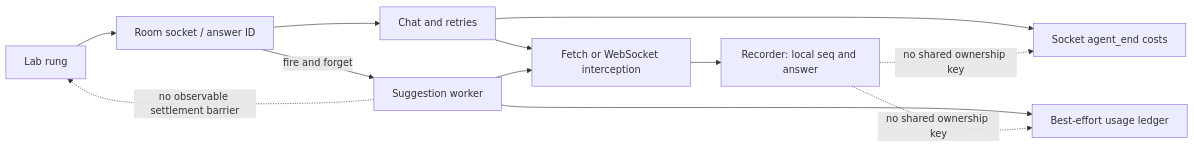
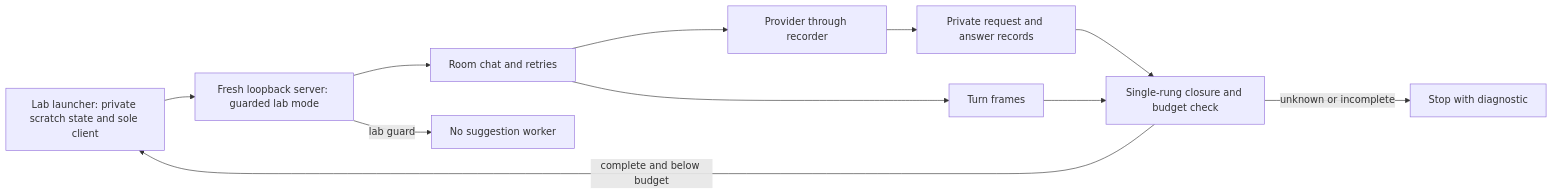
The diagram in docs/specs/T24-thinking-sweep-lab.md (bussard76/exxperts), drawn with Mermaid before and after one commit. The commit also changed other lines of this file, not shown here.

Commit message:
docs: specify isolated thinking sweep lab mode

````diff
--- a/docs/specs/T24-thinking-sweep-lab.md
+++ b/docs/specs/T24-thinking-sweep-lab.md
@@ -23,14 +15,13 @@
 ```mermaid
 flowchart LR
-  L[Lab rung] --> S[Room socket / answer ID]
-  S --> C[Chat and retries]
-  S -->|fire and forget| W[Suggestion worker]
-  C --> T[Fetch or WebSocket interception]
-  W --> T
-  T --> R[Recorder: local seq and answer]
-  C --> F[Socket agent_end costs]
-  W --> U[Best-effort usage ledger]
-  R -. no shared ownership key .-> F
-  R -. no shared ownership key .-> U
-  W -. no observable settlement barrier .-> L
+  L[Lab launcher: private scratch state and sole client] --> S[Fresh loopback server: guarded lab mode]
+  S --> C[Room chat and retries]
+  S -- lab guard --> N[No suggestion worker]
+  C --> P[Provider through recorder]
+  P --> R[Private request and answer records]
+  C --> F[Turn frames]
+  R --> B[Single-rung closure and budget check]
+  F --> B
+  B -->|complete and below budget| L
+  B -->|unknown or incomplete| D[Stop with diagnostic]
 ```
````
